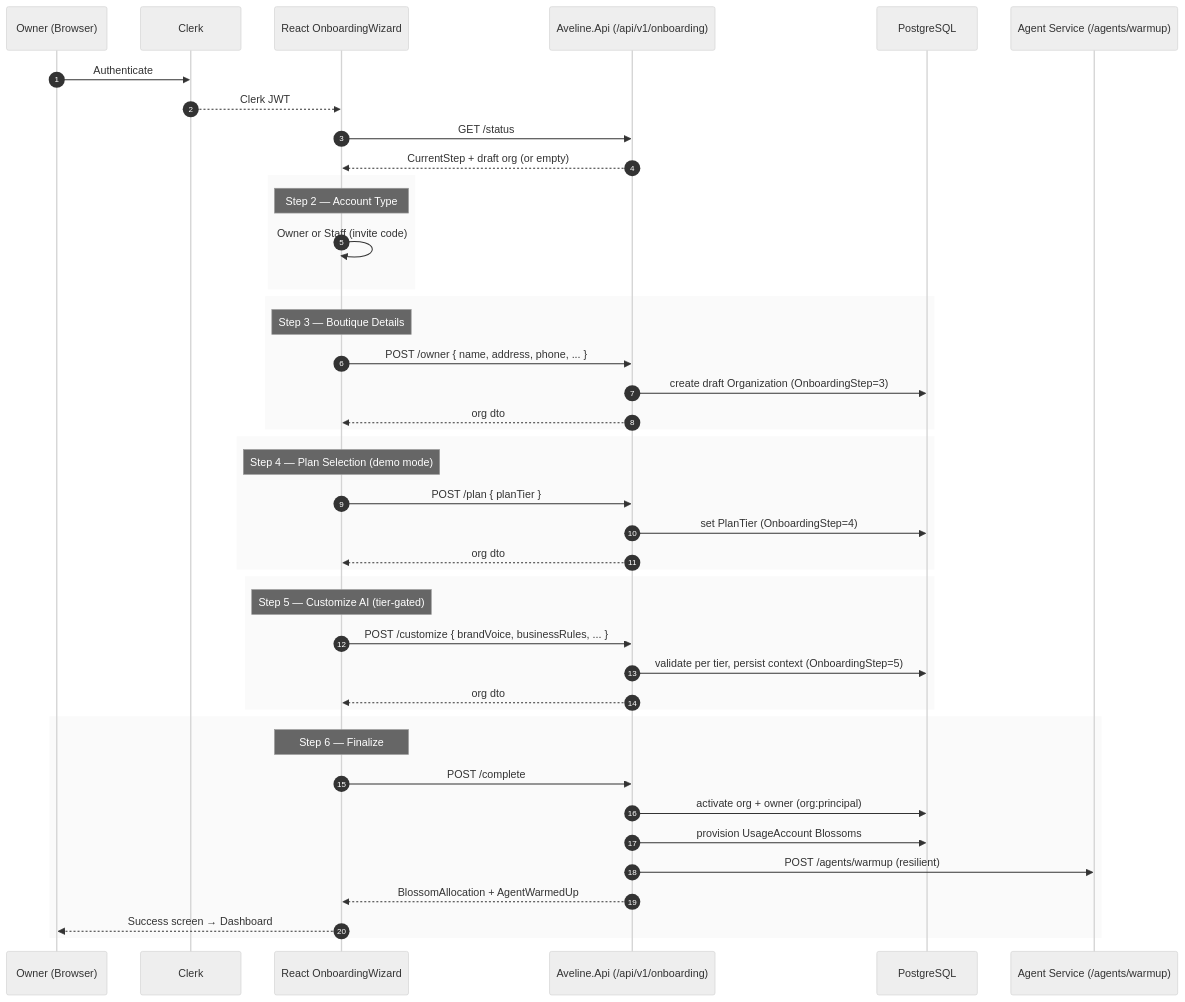
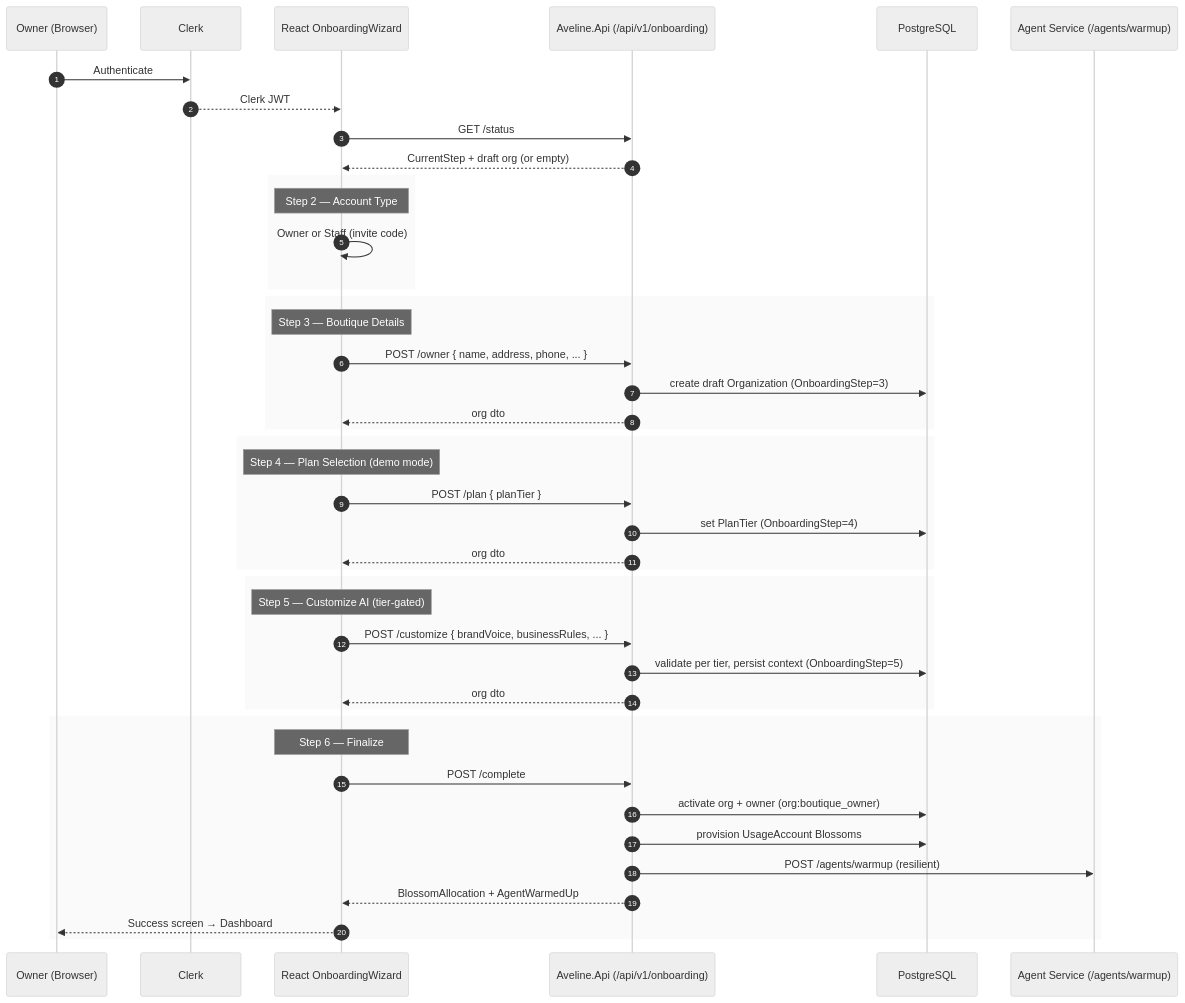
The second of 2 diagrams in docs/architecture/onboarding-flow.md (KavinduNirmal/aveline), drawn with Mermaid (neutral theme) before and after one commit. The commit also changed other lines of this file and 353 other files, not shown here.

````diff
--- a/docs/architecture/onboarding-flow.md
+++ b/docs/architecture/onboarding-flow.md
@@ -68,51 +68,51 @@
 ```mermaid
 sequenceDiagram
     autonumber
     participant U as Owner (Browser)
     participant C as Clerk
     participant W as React OnboardingWizard
     participant A as Aveline.Api (/api/v1/onboarding)
     participant DB as PostgreSQL
     participant G as Agent Service (/agents/warmup)
 
     U->>C: Authenticate
     C-->>W: Clerk JWT
     W->>A: GET /status
     A-->>W: CurrentStep + draft org (or empty)
 
     rect rgb(250, 250, 250)
     Note over W: Step 2 — Account Type
     W->>W: Owner or Staff (invite code)
     end
 
     rect rgb(250, 250, 250)
     Note over W: Step 3 — Boutique Details
     W->>A: POST /owner { name, address, phone, ... }
     A->>DB: create draft Organization (OnboardingStep=3)
     A-->>W: org dto
     end
 
     rect rgb(250, 250, 250)
     Note over W: Step 4 — Plan Selection (demo mode)
     W->>A: POST /plan { planTier }
     A->>DB: set PlanTier (OnboardingStep=4)
     A-->>W: org dto
     end
 
     rect rgb(250, 250, 250)
     Note over W: Step 5 — Customize AI (tier-gated)
     W->>A: POST /customize { brandVoice, businessRules, ... }
     A->>DB: validate per tier, persist context (OnboardingStep=5)
     A-->>W: org dto
     end
 
     rect rgb(250, 250, 250)
     Note over W: Step 6 — Finalize
     W->>A: POST /complete
-    A->>DB: activate org + owner (org:principal)
+    A->>DB: activate org + owner (org:boutique_owner)
     A->>DB: provision UsageAccount Blossoms
     A->>G: POST /agents/warmup (resilient)
     A-->>W: BlossomAllocation + AgentWarmedUp
     W-->>U: Success screen → Dashboard
     end
 ```
````
